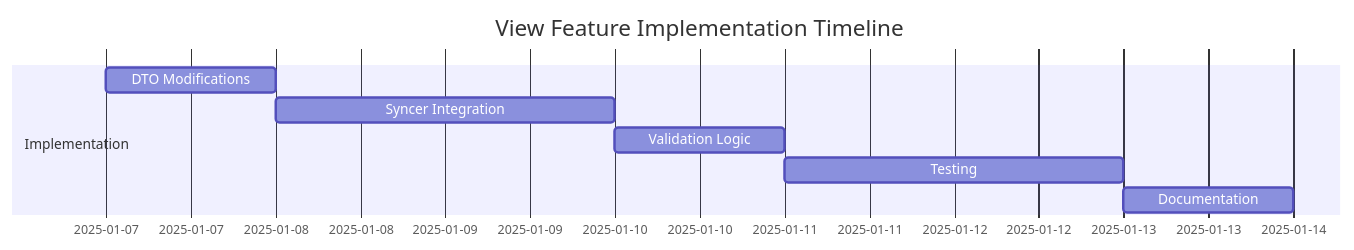
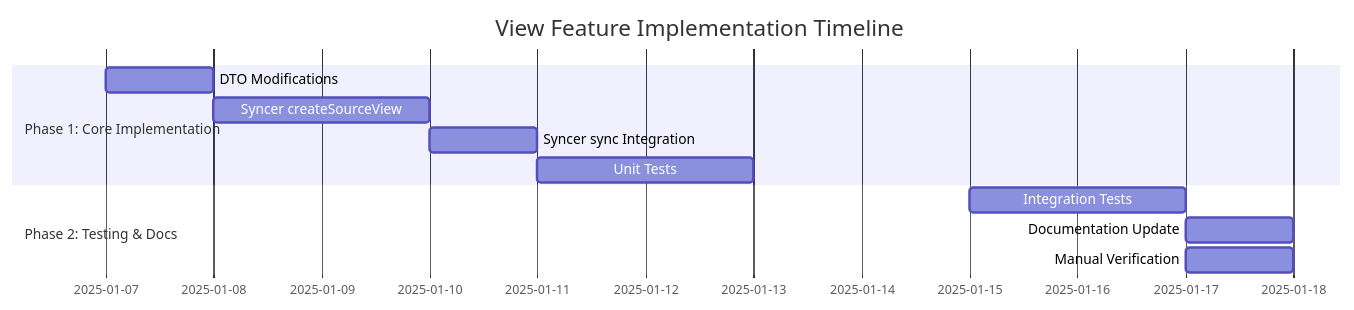
Before and after one commit to topdata-software-gmbh/table-syncer: the second of 2 diagrams in ai_docs/plans/PLAN__table_syncer_view_feature.md, drawn with Mermaid. The commit also changed other lines of this file, not shown here.

````diff
--- a/ai_docs/plans/PLAN__table_syncer_view_feature.md
+++ b/ai_docs/plans/PLAN__table_syncer_view_feature.md
@@ -142,11 +307,14 @@
 ```mermaid
 gantt
     title View Feature Implementation Timeline
     dateFormat  YYYY-MM-DD
-    section Implementation
+    section Phase 1: Core Implementation
     DTO Modifications      : 2025-01-07, 1d
-    Syncer Integration     : 2025-01-08, 2d
-    Validation Logic       : 2025-01-10, 1d
-    Testing                : 2025-01-11, 2d
-    Documentation          : 2025-01-13, 1d
+    Syncer createSourceView: 2025-01-08, 2d
+    Syncer sync Integration: 2025-01-10, 1d
+    Unit Tests             : 2025-01-11, 2d
+    section Phase 2: Testing & Docs
+    Integration Tests      : 2025-01-15, 2d
+    Documentation Update   : 2025-01-17, 1d
+    Manual Verification    : 2025-01-17, 1d
 ```
````
